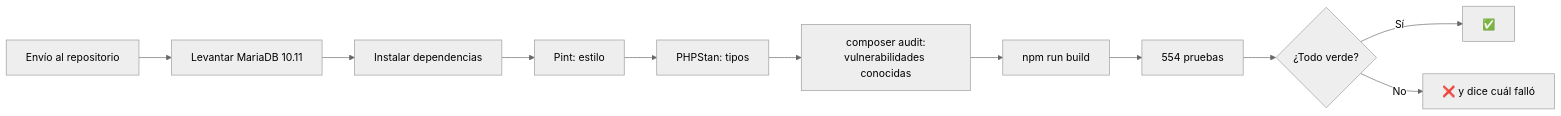
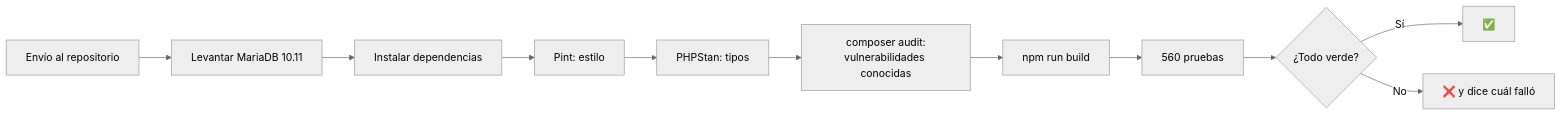
One commit to 75220834-cloud/PROYECTO-TALLER-DE-INV.-1 changed the second of 2 diagrams in docs/tecnica/12-pruebas-y-calidad.md. Above: the diagram before and after it, drawn with Mermaid (neutral theme). The commit also changed other lines of this file and 43 other files, not shown here.

````diff
--- a/docs/tecnica/12-pruebas-y-calidad.md
+++ b/docs/tecnica/12-pruebas-y-calidad.md
@@ -222,13 +223,13 @@
 ```mermaid
 flowchart LR
     A[Envío al repositorio] --> B[Levantar MariaDB 10.11]
     B --> C[Instalar dependencias]
     C --> D[Pint: estilo]
     D --> E[PHPStan: tipos]
     E --> F[composer audit:<br/>vulnerabilidades conocidas]
     F --> G[npm run build]
-    G --> H[554 pruebas]
+    G --> H[560 pruebas]
     H --> I{¿Todo verde?}
     I -->|Sí| J[✅]
     I -->|No| K[❌ y dice cuál falló]
 ```
````
